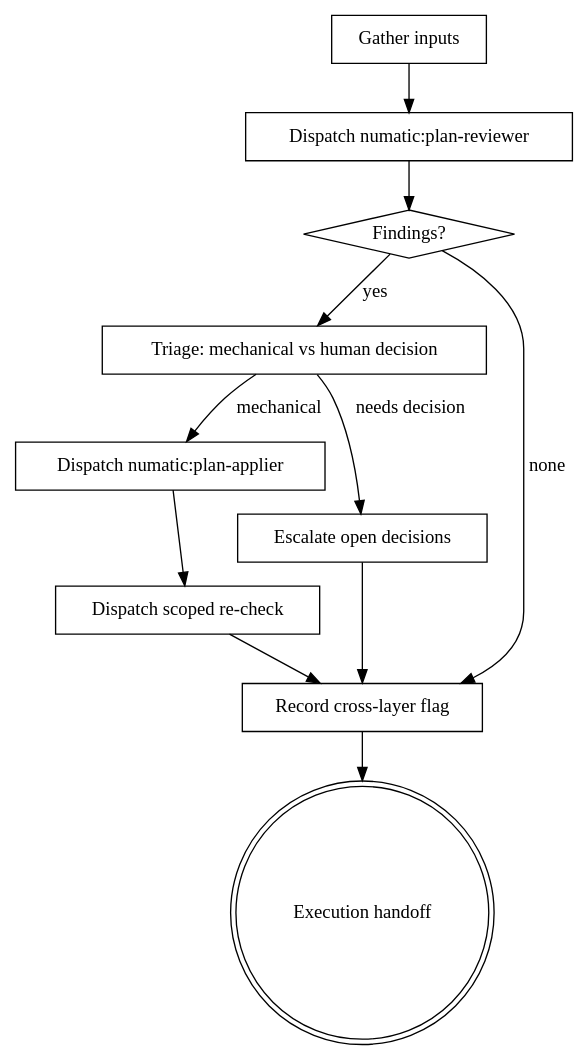
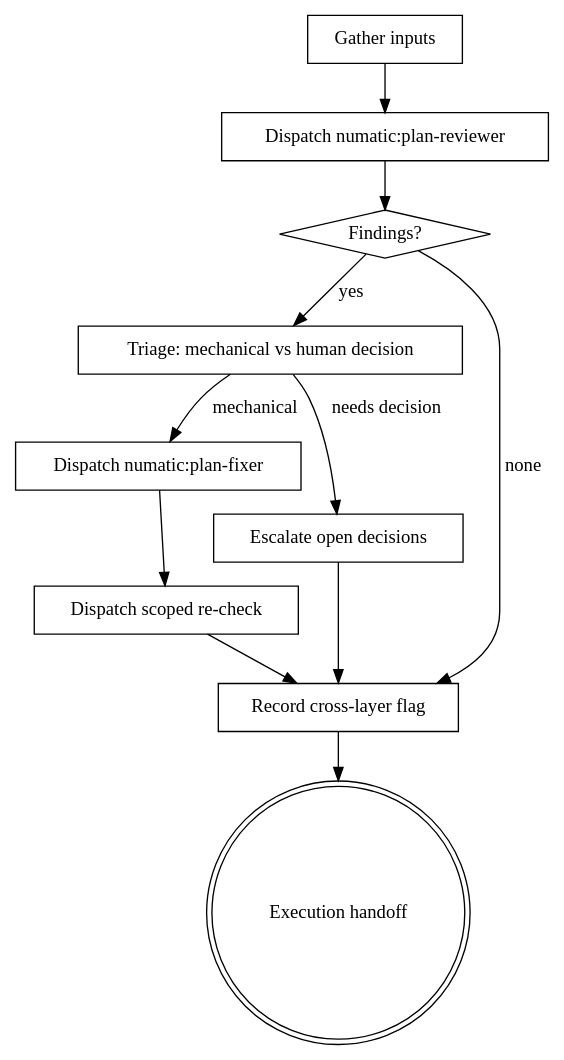
The diagram in plugins/numatic/skills/reviewing-plans/SKILL.md (numaticco/claude-plugins), drawn with Graphviz before and after one commit. The commit also changed other lines of this file and 7 other files, not shown here.

First line of the commit message:
Rename plan-applier to plan-fixer

````diff
--- a/plugins/numatic/skills/reviewing-plans/SKILL.md
+++ b/plugins/numatic/skills/reviewing-plans/SKILL.md
@@ -60,24 +60,24 @@
 ```dot
 digraph reviewing_plans {
     "Gather inputs" [shape=box];
     "Dispatch numatic:plan-reviewer" [shape=box];
     "Findings?" [shape=diamond];
     "Triage: mechanical vs human decision" [shape=box];
-    "Dispatch numatic:plan-applier" [shape=box];
+    "Dispatch numatic:plan-fixer" [shape=box];
     "Dispatch scoped re-check" [shape=box];
     "Escalate open decisions" [shape=box];
     "Record cross-layer flag" [shape=box];
     "Execution handoff" [shape=doublecircle];
 
     "Gather inputs" -> "Dispatch numatic:plan-reviewer";
     "Dispatch numatic:plan-reviewer" -> "Findings?";
     "Findings?" -> "Record cross-layer flag" [label="none"];
     "Findings?" -> "Triage: mechanical vs human decision" [label="yes"];
-    "Triage: mechanical vs human decision" -> "Dispatch numatic:plan-applier" [label="mechanical"];
+    "Triage: mechanical vs human decision" -> "Dispatch numatic:plan-fixer" [label="mechanical"];
     "Triage: mechanical vs human decision" -> "Escalate open decisions" [label="needs decision"];
-    "Dispatch numatic:plan-applier" -> "Dispatch scoped re-check";
+    "Dispatch numatic:plan-fixer" -> "Dispatch scoped re-check";
     "Dispatch scoped re-check" -> "Record cross-layer flag";
     "Escalate open decisions" -> "Record cross-layer flag";
     "Record cross-layer flag" -> "Execution handoff";
 }
 ```
````
